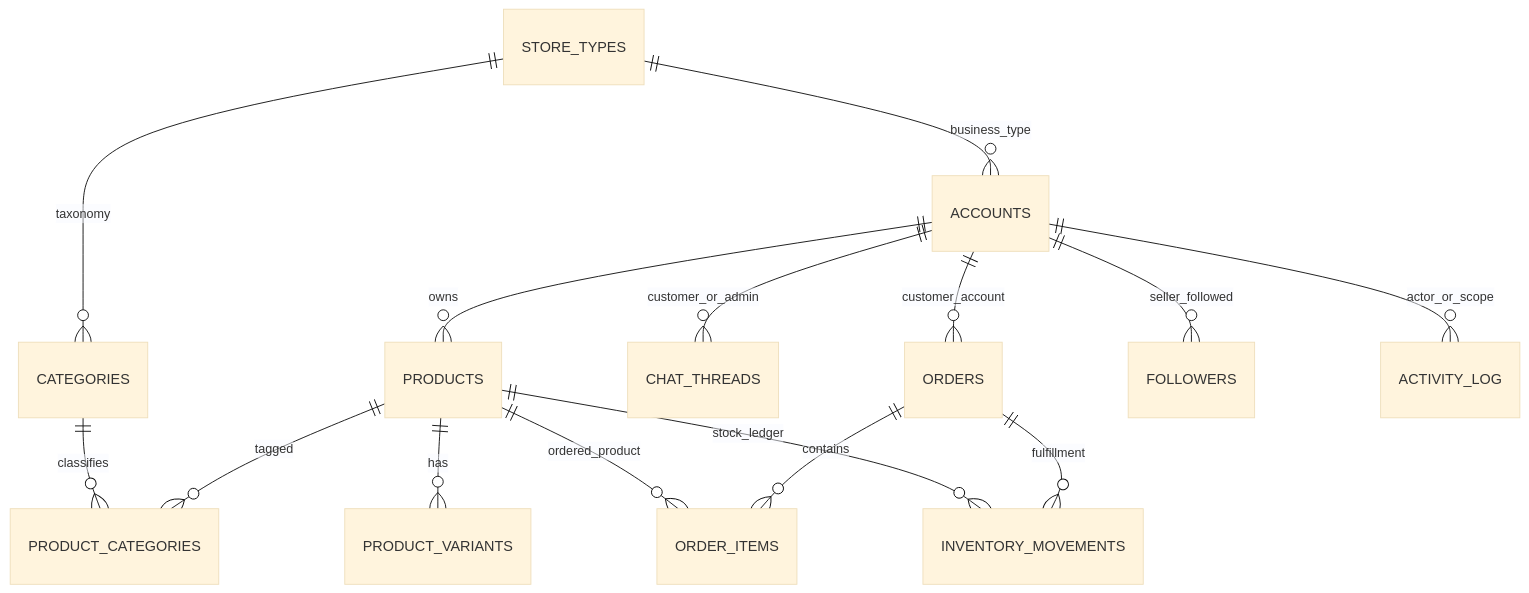
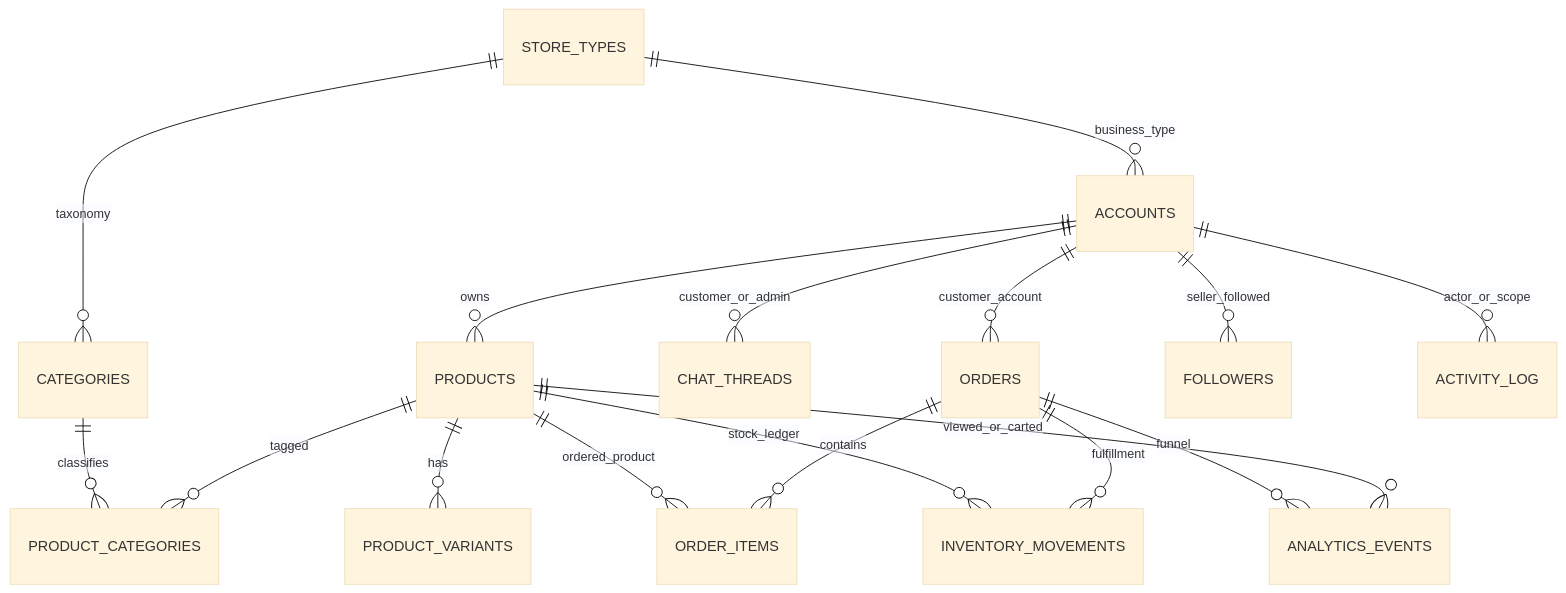
One commit to glutamedsupplies/Switch-v1.0 changed the diagram in DATABASE_DOCUMENTATION.md. Above: the diagram before and after it, drawn with Mermaid (base theme). The commit also changed other lines of this file and 14 other files, not shown here.

First line of the commit message:
Add launch-day analytics baseline for the marketplace funnel.

````diff
--- a/DATABASE_DOCUMENTATION.md
+++ b/DATABASE_DOCUMENTATION.md
@@ -46,17 +47,19 @@
 ```mermaid
 erDiagram
   ACCOUNTS ||--o{ PRODUCTS : owns
   ACCOUNTS ||--o{ ORDERS : customer_account
   ACCOUNTS ||--o{ CHAT_THREADS : customer_or_admin
   STORE_TYPES ||--o{ CATEGORIES : taxonomy
   CATEGORIES ||--o{ PRODUCT_CATEGORIES : classifies
   PRODUCTS ||--o{ PRODUCT_VARIANTS : has
   PRODUCTS ||--o{ PRODUCT_CATEGORIES : tagged
   PRODUCTS ||--o{ ORDER_ITEMS : ordered_product
   PRODUCTS ||--o{ INVENTORY_MOVEMENTS : stock_ledger
   ORDERS ||--o{ ORDER_ITEMS : contains
+  ORDERS ||--o{ ANALYTICS_EVENTS : funnel
   ORDERS ||--o{ INVENTORY_MOVEMENTS : fulfillment
+  PRODUCTS ||--o{ ANALYTICS_EVENTS : viewed_or_carted
   STORE_TYPES ||--o{ ACCOUNTS : business_type
   ACCOUNTS ||--o{ FOLLOWERS : seller_followed
   ACCOUNTS ||--o{ ACTIVITY_LOG : actor_or_scope
 ```
````
